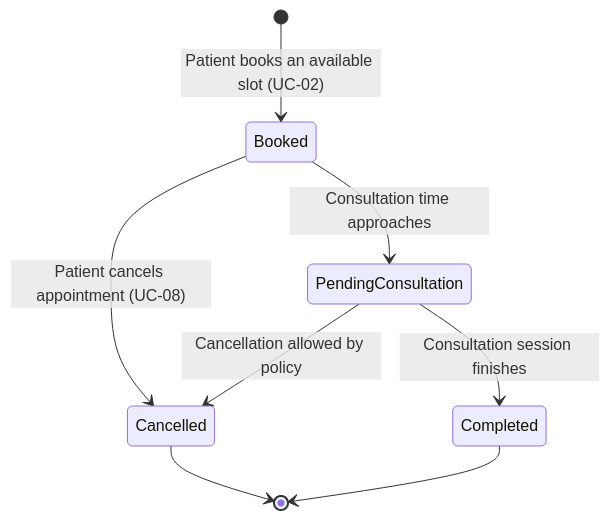
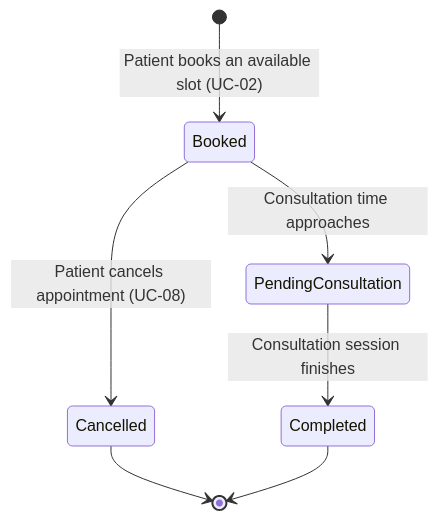
One commit to feloaref/scalable-telemedicine-platform changed the fifth of 6 diagrams in DATA_FLOW_DIAGRAMS.md. Above: the diagram before and after it, drawn with Mermaid. The commit also changed other lines of this file, not shown here.

Commit message:
DATA_FLOW_DIAGRAMS.md

````diff
--- a/DATA_FLOW_DIAGRAMS.md
+++ b/DATA_FLOW_DIAGRAMS.md
@@ -145,13 +145,14 @@
 ```mermaid
+
 stateDiagram-v2
     [*] --> Booked: Patient books an available slot (UC-02)
 
     Booked --> PendingConsultation: Consultation time approaches
     Booked --> Cancelled: Patient cancels appointment (UC-08)
 
     PendingConsultation --> Completed: Consultation session finishes
-    PendingConsultation --> Cancelled: Cancellation allowed by policy
 
     Cancelled --> [*]
     Completed --> [*]
+
 ```
````
